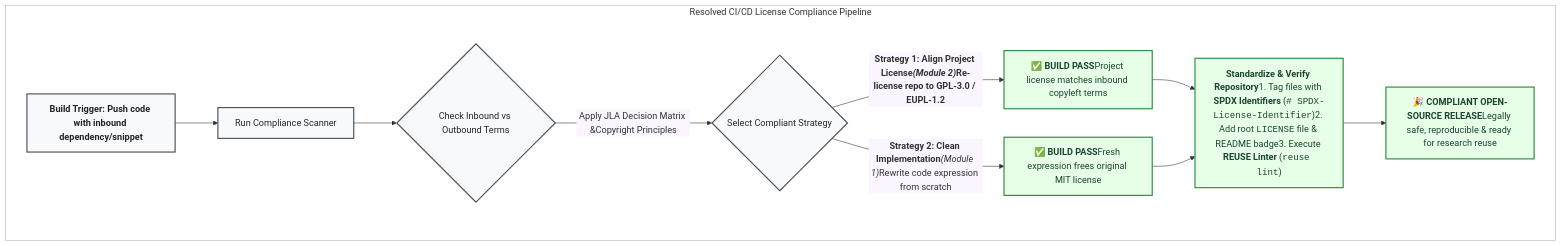
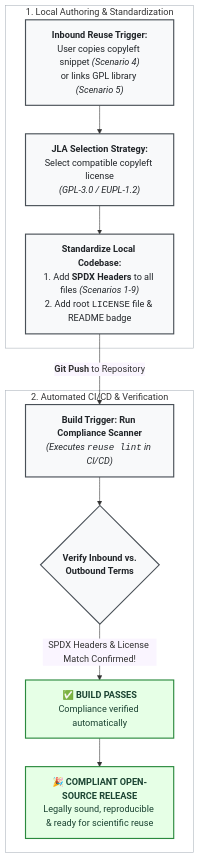
The third of 3 diagrams in content/software-licensing.md (coderefinery/social-coding), drawn with Mermaid before and after one commit. The commit also changed other lines of this file, not shown here.

Commit message:
update summary

````diff
--- a/content/software-licensing.md
+++ b/content/software-licensing.md
@@ -662,28 +662,29 @@
 ```{mermaid}
+
 %%{init: {'themeVariables': { 'edgeLabelBackground': '#faf5ff' }}}%%
 flowchart TB
 
-    subgraph box["Resolved CI/CD License Compliance Pipeline"]
-        A["<b>Build Trigger: Push code with inbound dependency/snippet"] --> B["Run Compliance Scanner"]
-        B --> C{"Check Inbound vs Outbound Terms"}
+    subgraph local["1. Local Authoring & Standardization"]
+        A["<b>Inbound Reuse Trigger:</b><br/>User copies copyleft snippet <i>(Scenario 4)</i><br/>or links GPL library <i>(Scenario 5)</i>"] --> B["<b>JLA Selection Strategy:</b><br/>Select compatible copyleft license<br/><i>(GPL-3.0 / EUPL-1.2)</i>"]
         
-        C -->|"Apply JLA Decision Matrix &</>Copyright Principles"| E{"Select Compliant Strategy"}
+        B --> C["<b>Standardize Local Codebase:</b><br/>1. Add <b>SPDX Headers</b> to all files <i>(Scenarios 1-9)</i><br/>2. Add root <code>LICENSE</code> file & README badge"]
+    end
+
+    subgraph cicd["2. Automated CI/CD & Verification"]
+        C -->|"<b>Git Push</b> to Repository"| D["<b>Build Trigger: Run Compliance Scanner</b><br/><i>(Executes <code>reuse lint</code> in CI/CD)</i>"]
         
-        E -->|"<b>Strategy 1: Align Project License<b><i>(Module 2)</i>Re-license repo to GPL-3.0 / EUPL-1.2"| G["✅ <b>BUILD PASS</b>Project license matches inbound copyleft terms"]
+        D --> E{"<b>Verify Inbound vs.<br/>Outbound Terms</b>"}
         
-        E -->|"<b>Strategy 2: Clean Implementation</b></><i>(Module 1)</i></>Rewrite code expression from scratch"| H["✅ <b>BUILD PASS</b></>Fresh expression frees original MIT license"]
+        E -->|"SPDX Headers & License Match Confirmed!"| F["✅ <b>BUILD PASSES</b><br/>Compliance verified automatically"]
         
-        G --> V["<b>Standardize & Verify Repository</b></>1. Tag files with <b>SPDX Identifiers</b> (<code># SPDX-License-Identifier</code>)</>2. Add root <code>LICENSE</code> file & README badge</>3. Execute <b>REUSE Linter</b> (<code>reuse lint</code>)"]
-        H --> V
-        
-        V --> SUCCESS["🎉 <b>COMPLIANT OPEN-SOURCE RELEASE</b></>Legally safe, reproducible & ready for research reuse"]
+        F --> SUCCESS["🎉 <b>COMPLIANT OPEN-SOURCE RELEASE</b><br/>Legally sound, reproducible & ready for scientific reuse"]
     end
 
     classDef pass fill:#e6ffe6,stroke:#2b8a3e,stroke-width:2px,color:#1b4332;
     classDef neutral fill:#f8f9fa,stroke:#495057,stroke-width:2px,color:#212529;
     classDef box_fill fill:#ffffff,stroke:#adb5bd,stroke-width:1px;
 
-    class G,H,V,SUCCESS pass;
-    class A,B,C,E neutral;
-    class box box_fill;
+    class F,SUCCESS pass;
+    class A,B,C,D,E neutral;
+    class local,cicd box_fill;
 ```
````
